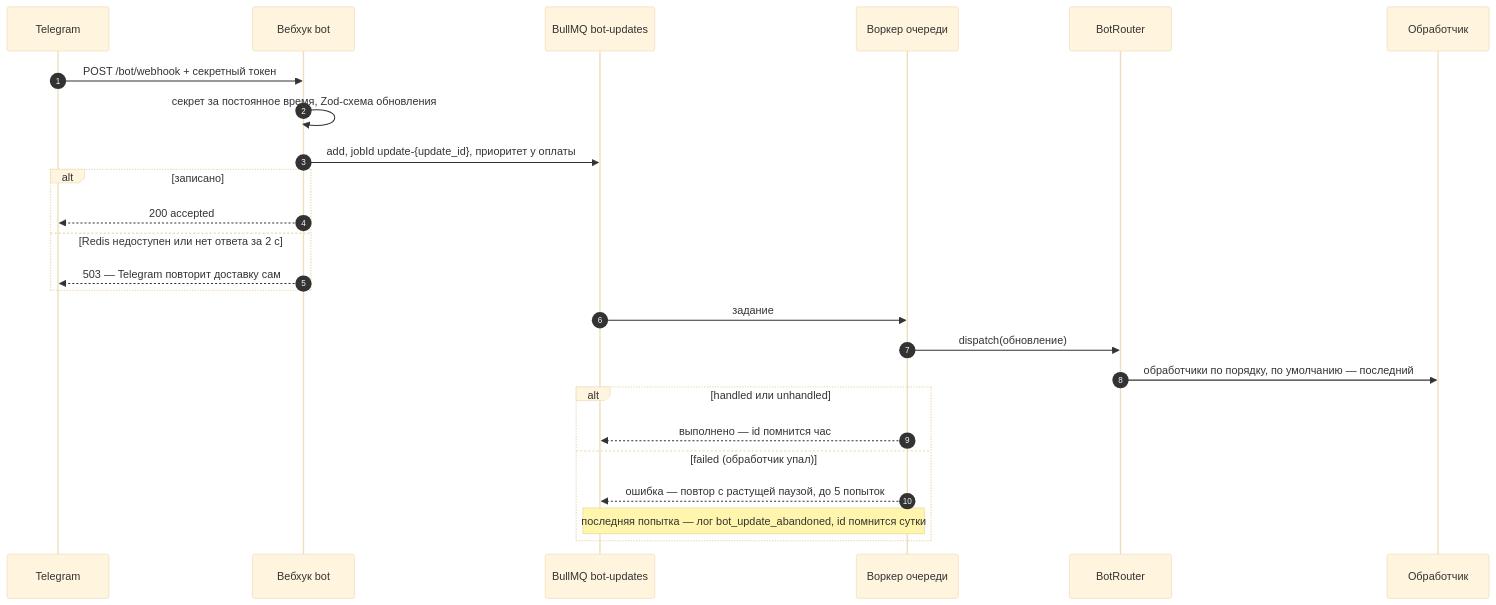
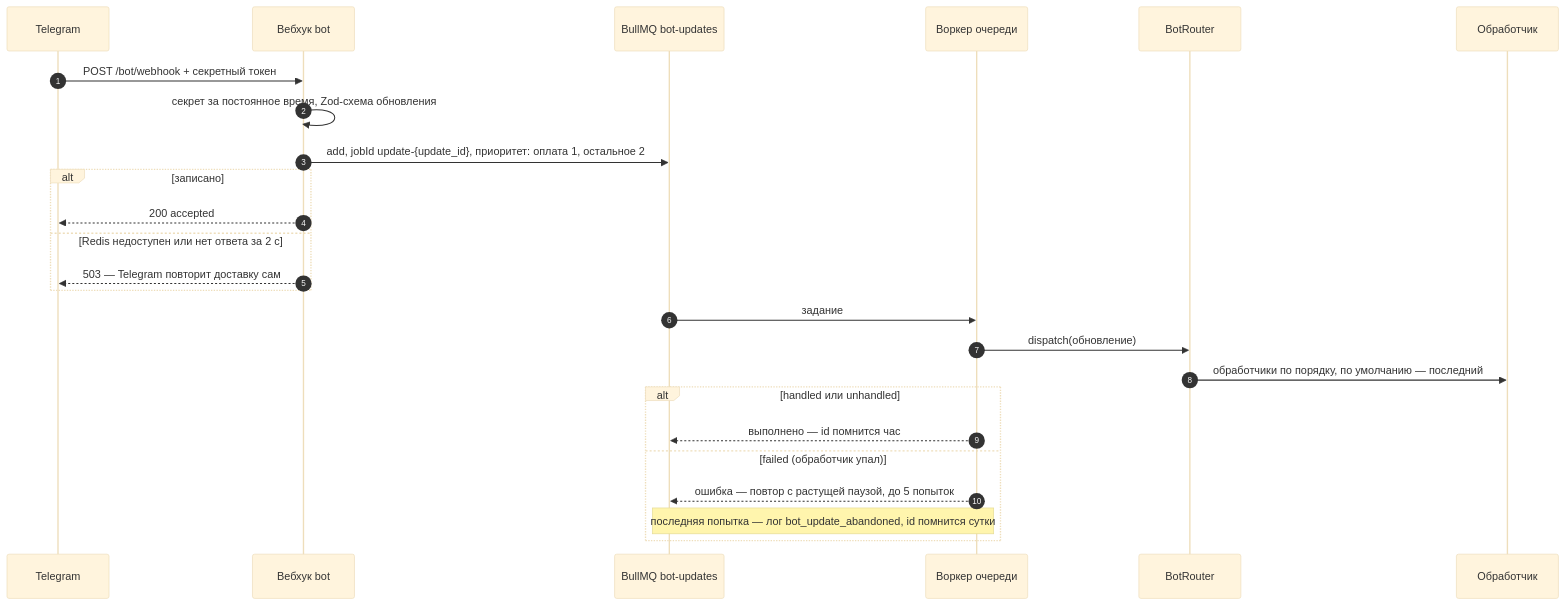
One commit to JJSGxKD/rubezh changed diagram 37 of 38 in docs/21-diagrams.md. Above: the diagram before and after it, drawn with Mermaid (base theme). The commit also changed other lines of this file and 1 other file, not shown here.

First line of the commit message:
docs(bot): Приоритет обычных обновлений и номер раздела 4.26

````diff
--- a/docs/21-diagrams.md
+++ b/docs/21-diagrams.md
@@ -3136,28 +3136,28 @@
 ```mermaid
 sequenceDiagram
     autonumber
     participant T as Telegram
     participant W as Вебхук bot
     participant Q as BullMQ bot-updates
     participant K as Воркер очереди
     participant R as BotRouter
     participant H as Обработчик
 
     T->>W: POST /bot/webhook + секретный токен
     W->>W: секрет за постоянное время, Zod-схема обновления
-    W->>Q: add, jobId update-{update_id}, приоритет у оплаты
+    W->>Q: add, jobId update-{update_id}, приоритет: оплата 1, остальное 2
     alt записано
         W-->>T: 200 accepted
     else Redis недоступен или нет ответа за 2 с
         W-->>T: 503 — Telegram повторит доставку сам
     end
     Q->>K: задание
     K->>R: dispatch(обновление)
     R->>H: обработчики по порядку, по умолчанию — последний
     alt handled или unhandled
         K-->>Q: выполнено — id помнится час
     else failed (обработчик упал)
         K-->>Q: ошибка — повтор с растущей паузой, до 5 попыток
         Note over K,Q: последняя попытка — лог bot_update_abandoned, id помнится сутки
     end
 ```
````
